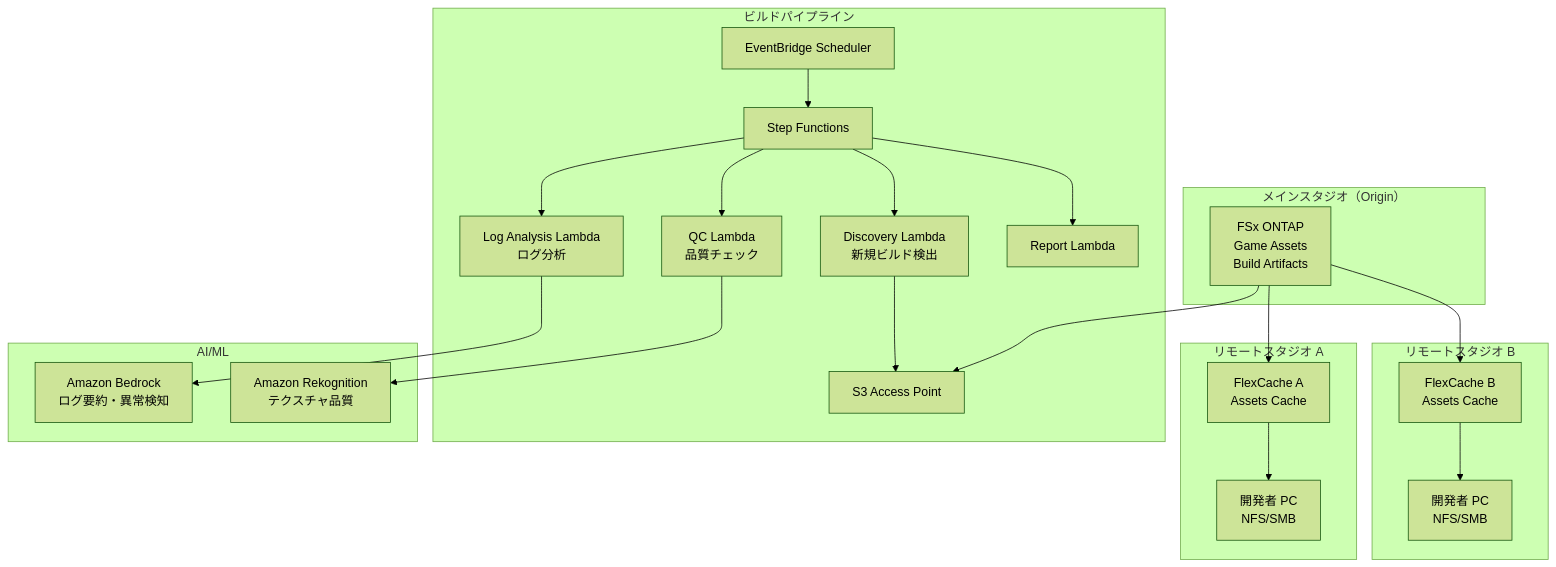
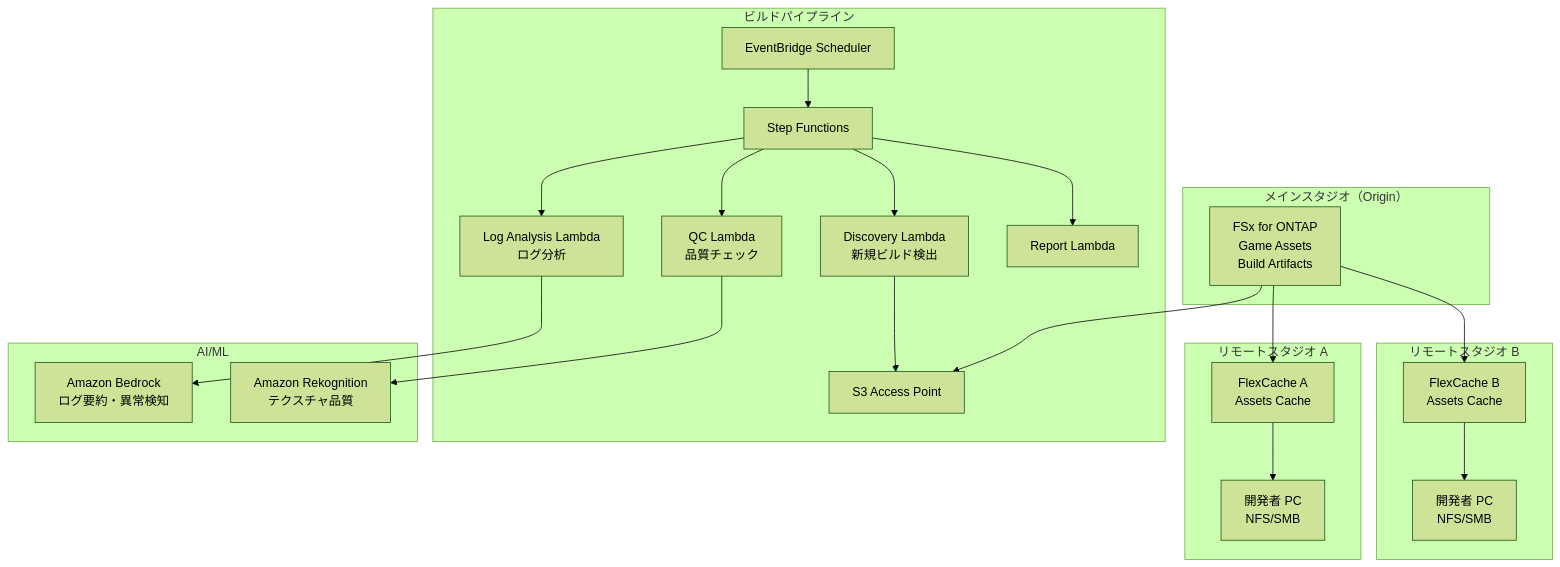
The diagram in gaming-build-pipeline/README.md (Yoshiki0705/FSx-for-ONTAP-S3AccessPoints-Serverless-Patterns), drawn with Mermaid (forest theme) before and after one commit. The commit also changed other lines of this file and 752 other files, not shown here.

````diff
--- a/gaming-build-pipeline/README.md
+++ b/gaming-build-pipeline/README.md
@@ -21,35 +21,35 @@
 ```mermaid
 graph TB
     subgraph "メインスタジオ（Origin）"
-        ORIGIN[FSx ONTAP<br/>Game Assets<br/>Build Artifacts]
+        ORIGIN[FSx for ONTAP<br/>Game Assets<br/>Build Artifacts]
     end
     subgraph "リモートスタジオ A"
         CACHE_A[FlexCache A<br/>Assets Cache]
         DEV_A[開発者 PC<br/>NFS/SMB]
     end
     subgraph "リモートスタジオ B"
         CACHE_B[FlexCache B<br/>Assets Cache]
         DEV_B[開発者 PC<br/>NFS/SMB]
     end
     subgraph "ビルドパイプライン"
         S3AP[S3 Access Point]
         EBS[EventBridge Scheduler]
         SFN[Step Functions]
         DISC[Discovery Lambda<br/>新規ビルド検出]
         QC[QC Lambda<br/>品質チェック]
         LOG[Log Analysis Lambda<br/>ログ分析]
         RPT[Report Lambda]
     end
     subgraph "AI/ML"
         BEDROCK[Amazon Bedrock<br/>ログ要約・異常検知]
         REKOGNITION[Amazon Rekognition<br/>テクスチャ品質]
     end
     ORIGIN --> CACHE_A --> DEV_A
     ORIGIN --> CACHE_B --> DEV_B
     ORIGIN --> S3AP
     EBS --> SFN
     SFN --> DISC --> S3AP
     SFN --> QC --> REKOGNITION
     SFN --> LOG --> BEDROCK
     SFN --> RPT
 ```
````
